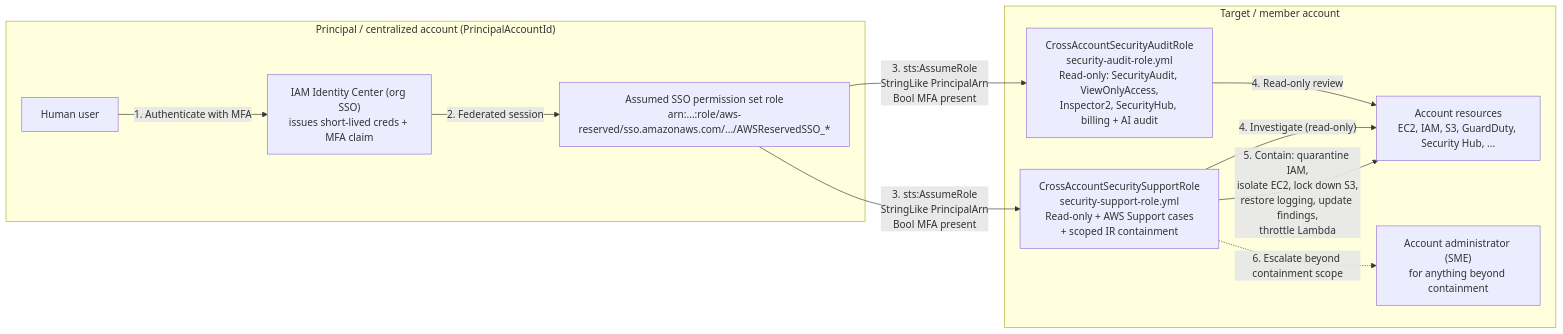
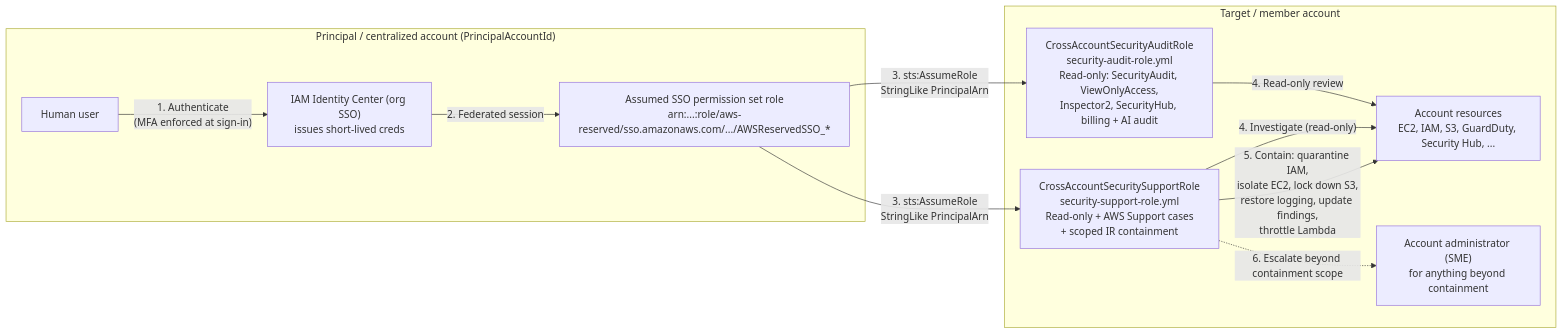
The diagram in cloudformation/README.md (fortunecookiezen/aws-audit-resources), drawn with Mermaid before and after one commit. The commit also changed other lines of this file and 6 other files, not shown here.

First line of the commit message:
Default RequireMFA to false, add org access analyzer template, fix lint

````diff
--- a/cloudformation/README.md
+++ b/cloudformation/README.md
@@ -7,24 +7,24 @@
 ```mermaid
 flowchart LR
     subgraph principal["Principal / centralized account (PrincipalAccountId)"]
         user["Human user"]
-        sso["IAM Identity Center (org SSO)<br/>issues short-lived creds + MFA claim"]
+        sso["IAM Identity Center (org SSO)<br/>issues short-lived creds"]
         permset["Assumed SSO permission set role<br/>arn:...:role/aws-reserved/sso.amazonaws.com/.../AWSReservedSSO_*"]
-        user -->|"1. Authenticate with MFA"| sso
+        user -->|"1. Authenticate<br/>(MFA enforced at sign-in)"| sso
         sso -->|"2. Federated session"| permset
     end
 
     subgraph target["Target / member account"]
         auditrole["CrossAccountSecurityAuditRole<br/>security-audit-role.yml<br/>Read-only: SecurityAudit, ViewOnlyAccess,<br/>Inspector2, SecurityHub, billing + AI audit"]
         supportrole["CrossAccountSecuritySupportRole<br/>security-support-role.yml<br/>Read-only + AWS Support cases<br/>+ scoped IR containment"]
         resources["Account resources<br/>EC2, IAM, S3, GuardDuty, Security Hub, ..."]
         admin["Account administrator (SME)<br/>for anything beyond containment"]
     end
 
-    permset -->|"3. sts:AssumeRole<br/>StringLike PrincipalArn<br/>Bool MFA present"| auditrole
-    permset -->|"3. sts:AssumeRole<br/>StringLike PrincipalArn<br/>Bool MFA present"| supportrole
+    permset -->|"3. sts:AssumeRole<br/>StringLike PrincipalArn"| auditrole
+    permset -->|"3. sts:AssumeRole<br/>StringLike PrincipalArn"| supportrole
     auditrole -->|"4. Read-only review"| resources
     supportrole -->|"4. Investigate (read-only)"| resources
     supportrole -->|"5. Contain: quarantine IAM,<br/>isolate EC2, lock down S3,<br/>restore logging, update findings,<br/>throttle Lambda"| resources
     supportrole -.->|"6. Escalate beyond containment scope"| admin
 ```
````
